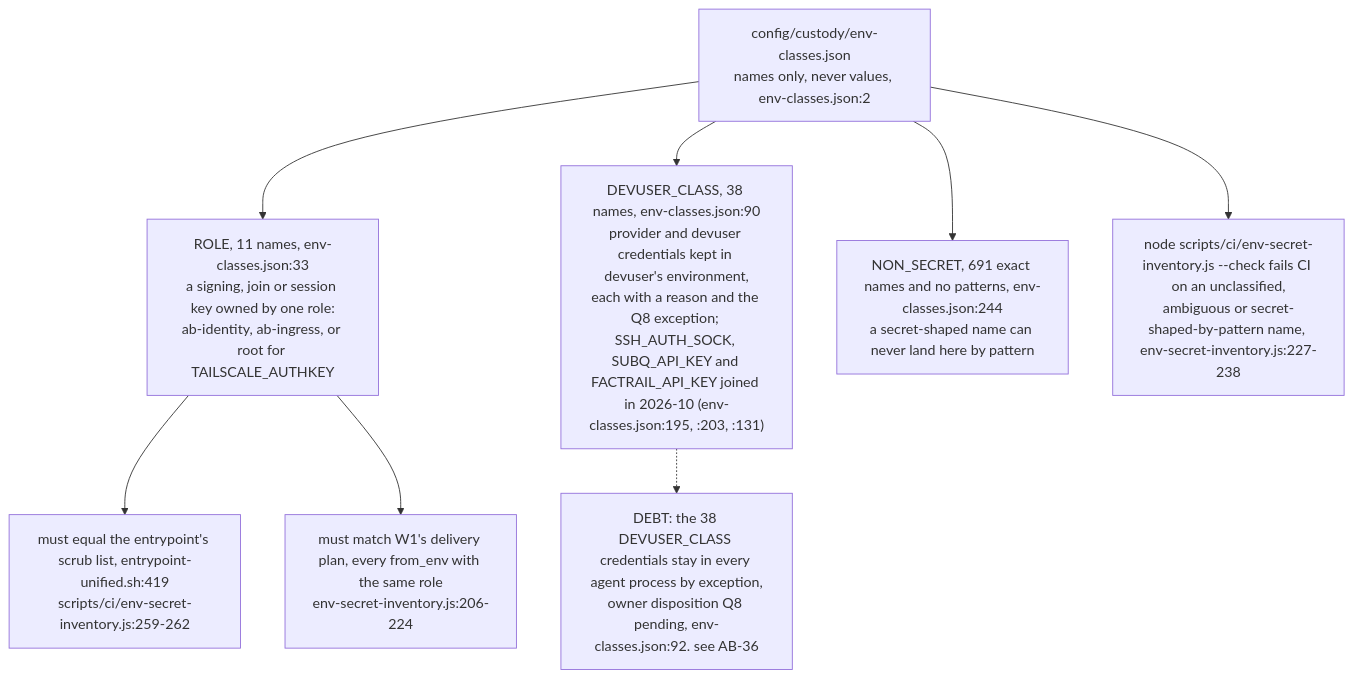
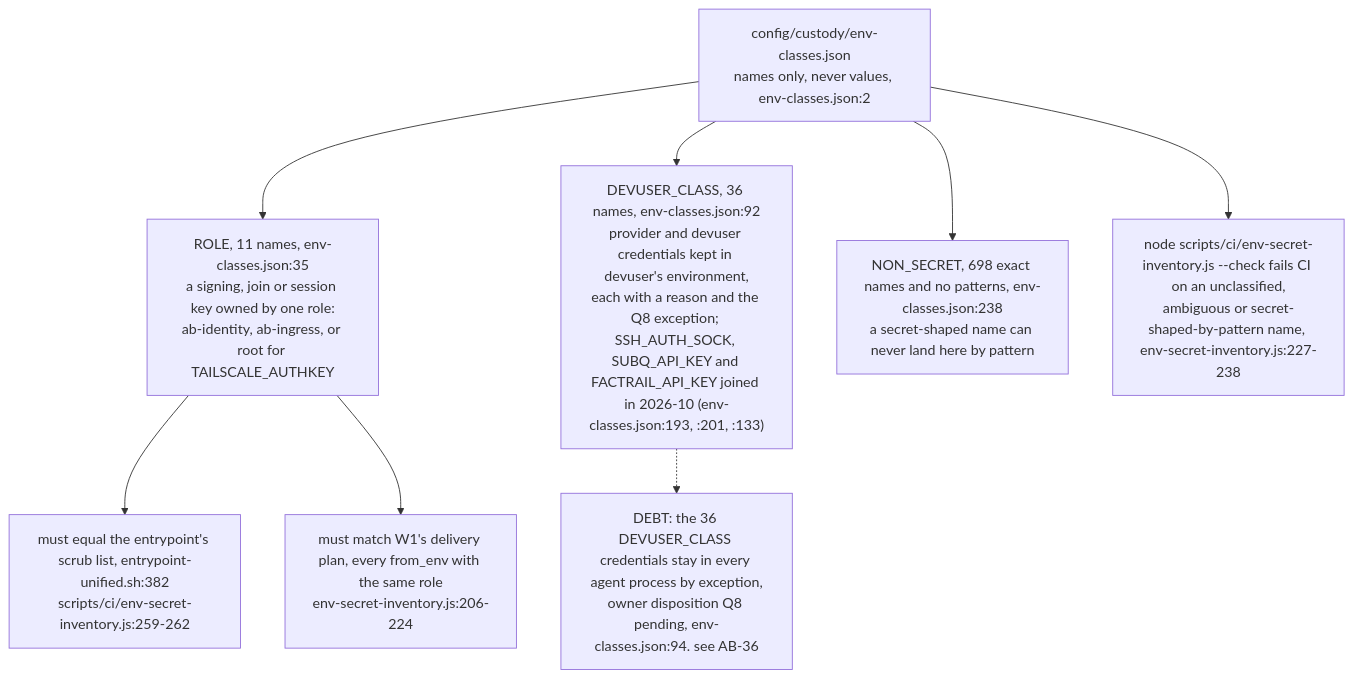
Diagram 14 of 14 in docs/diagrams/agentbox/16-secrets-custody-seccomp-profiles.md (DreamLab-AI/VisionFlow), drawn with Mermaid before and after one commit. The commit also changed other lines of this file and 173 other files, not shown here.

````diff
--- a/docs/diagrams/agentbox/16-secrets-custody-seccomp-profiles.md
+++ b/docs/diagrams/agentbox/16-secrets-custody-seccomp-profiles.md
@@ -514,11 +514,11 @@
 ```mermaid
 flowchart TB
     T["config/custody/env-classes.json<br/>names only, never values, env-classes.json:2"]
-    T --> ROLE["ROLE, 11 names, env-classes.json:33<br/>a signing, join or session key owned by one role:<br/>ab-identity, ab-ingress, or root for TAILSCALE_AUTHKEY"]
-    T --> DEV["DEVUSER_CLASS, 38 names, env-classes.json:90<br/>provider and devuser credentials kept in devuser's environment,<br/>each with a reason and the Q8 exception; SSH_AUTH_SOCK, SUBQ_API_KEY and FACTRAIL_API_KEY joined in 2026-10 (env-classes.json:195, :203, :131)"]
-    T --> NS["NON_SECRET, 691 exact names and no patterns, env-classes.json:244<br/>a secret-shaped name can never land here by pattern"]
-    ROLE --> EP["must equal the entrypoint's scrub list, entrypoint-unified.sh:419<br/>scripts/ci/env-secret-inventory.js:259-262"]
+    T --> ROLE["ROLE, 11 names, env-classes.json:35<br/>a signing, join or session key owned by one role:<br/>ab-identity, ab-ingress, or root for TAILSCALE_AUTHKEY"]
+    T --> DEV["DEVUSER_CLASS, 36 names, env-classes.json:92<br/>provider and devuser credentials kept in devuser's environment,<br/>each with a reason and the Q8 exception; SSH_AUTH_SOCK, SUBQ_API_KEY and FACTRAIL_API_KEY joined in 2026-10 (env-classes.json:193, :201, :133)"]
+    T --> NS["NON_SECRET, 698 exact names and no patterns, env-classes.json:238<br/>a secret-shaped name can never land here by pattern"]
+    ROLE --> EP["must equal the entrypoint's scrub list, entrypoint-unified.sh:382<br/>scripts/ci/env-secret-inventory.js:259-262"]
     ROLE --> W1["must match W1's delivery plan, every from_env with the same role<br/>env-secret-inventory.js:206-224"]
     T --> CHK["node scripts/ci/env-secret-inventory.js --check fails CI on an unclassified,<br/>ambiguous or secret-shaped-by-pattern name, env-secret-inventory.js:227-238"]
-    DEV -.-> DEBT["DEBT: the 38 DEVUSER_CLASS credentials stay in every agent process by exception,<br/>owner disposition Q8 pending, env-classes.json:92. see AB-36"]
+    DEV -.-> DEBT["DEBT: the 36 DEVUSER_CLASS credentials stay in every agent process by exception,<br/>owner disposition Q8 pending, env-classes.json:94. see AB-36"]
 ```
````
